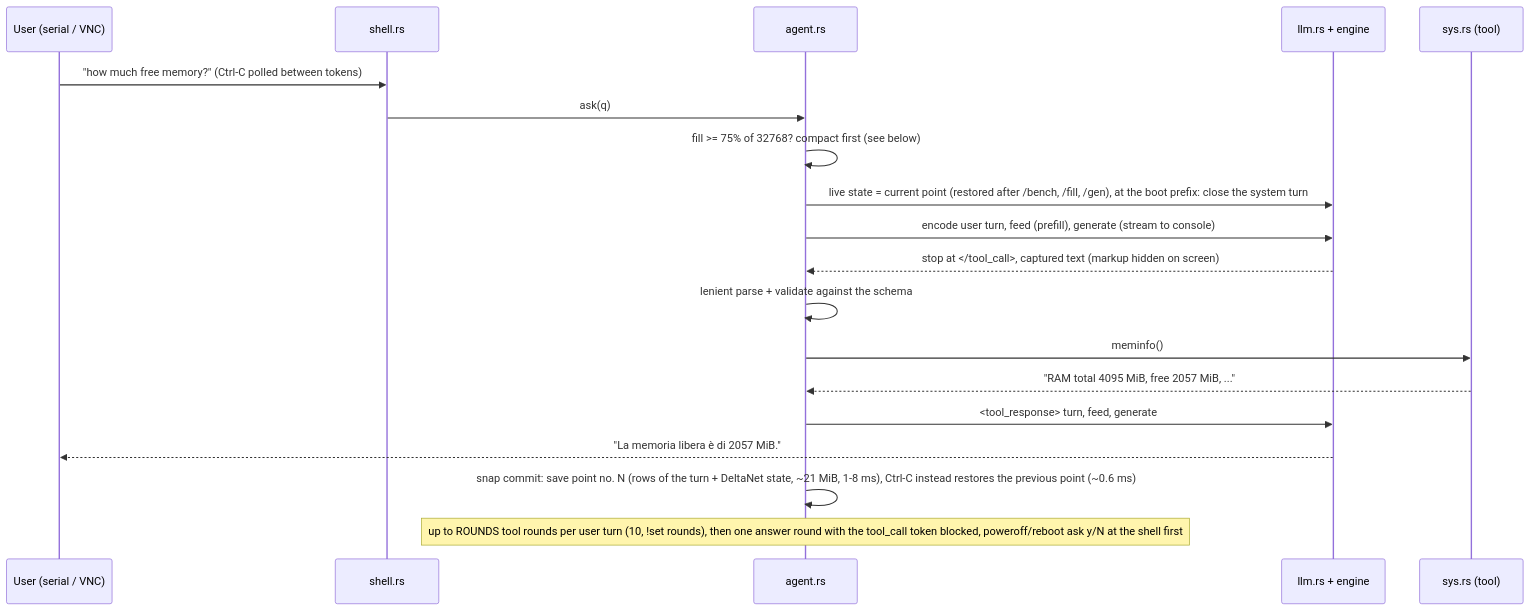
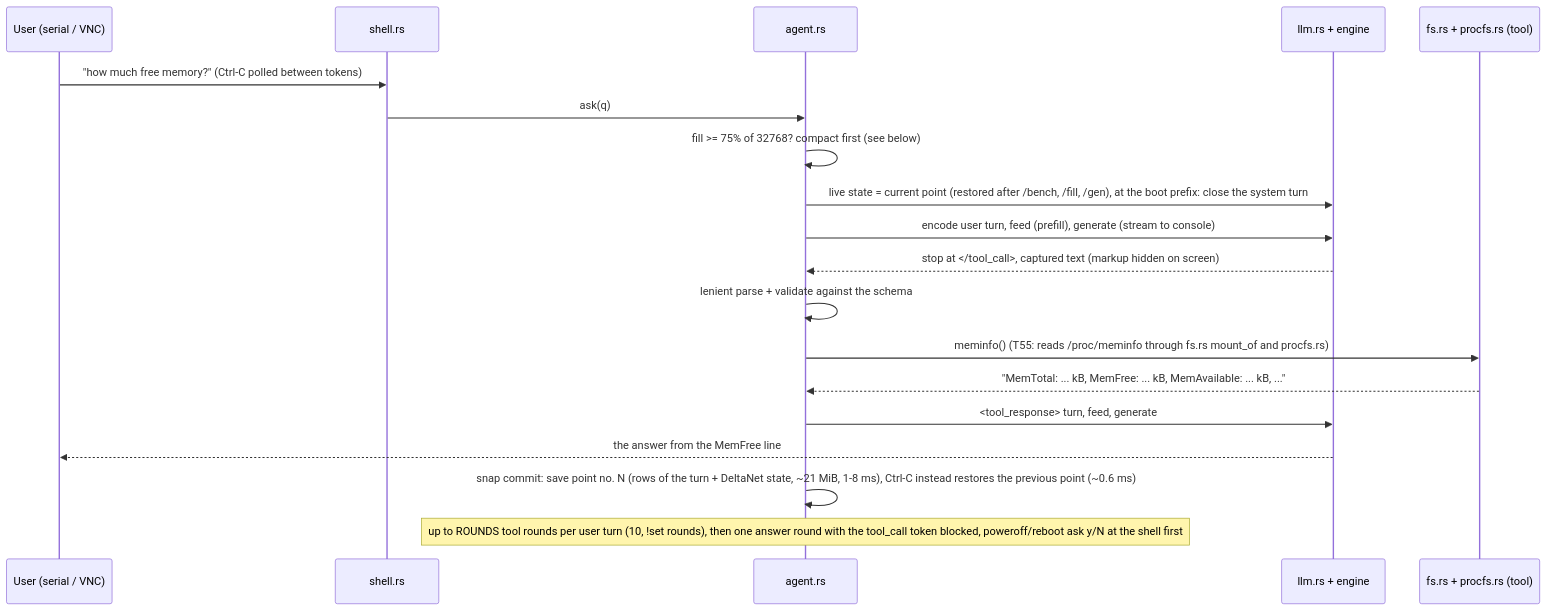
The second of 5 diagrams in docs/ARCHITECTURE.md (tcsenpai/ringzero), drawn with Mermaid before and after one commit. The commit also changed other lines of this file and 9 other files, not shown here.

````diff
--- a/docs/ARCHITECTURE.md
+++ b/docs/ARCHITECTURE.md
@@ -195,21 +209,21 @@
 ```mermaid
 sequenceDiagram
     participant U as User (serial / VNC)
     participant S as shell.rs
     participant A as agent.rs
     participant L as llm.rs + engine
-    participant T as sys.rs (tool)
+    participant T as fs.rs + procfs.rs (tool)
     U->>S: "how much free memory?" (Ctrl-C polled between tokens)
     S->>A: ask(q)
     A->>A: fill >= 75% of 32768? compact first (see below)
     A->>L: live state = current point (restored after /bench, /fill, /gen), at the boot prefix: close the system turn
     A->>L: encode user turn, feed (prefill), generate (stream to console)
     L-->>A: stop at </tool_call>, captured text (markup hidden on screen)
     A->>A: lenient parse + validate against the schema
-    A->>T: meminfo()
-    T-->>A: "RAM total 4095 MiB, free 2057 MiB, ..."
+    A->>T: meminfo() (T55: reads /proc/meminfo through fs.rs mount_of and procfs.rs)
+    T-->>A: "MemTotal: ... kB, MemFree: ... kB, MemAvailable: ... kB, ..."
     A->>L: <tool_response> turn, feed, generate
-    L-->>U: "La memoria libera è di 2057 MiB."
+    L-->>U: the answer from the MemFree line
     A->>A: snap commit: save point no. N (rows of the turn + DeltaNet state, ~21 MiB, 1-8 ms), Ctrl-C instead restores the previous point (~0.6 ms)
     Note over A: up to ROUNDS tool rounds per user turn (10, !set rounds), then one answer round with the tool_call token blocked, poweroff/reboot ask y/N at the shell first
 ```
````
